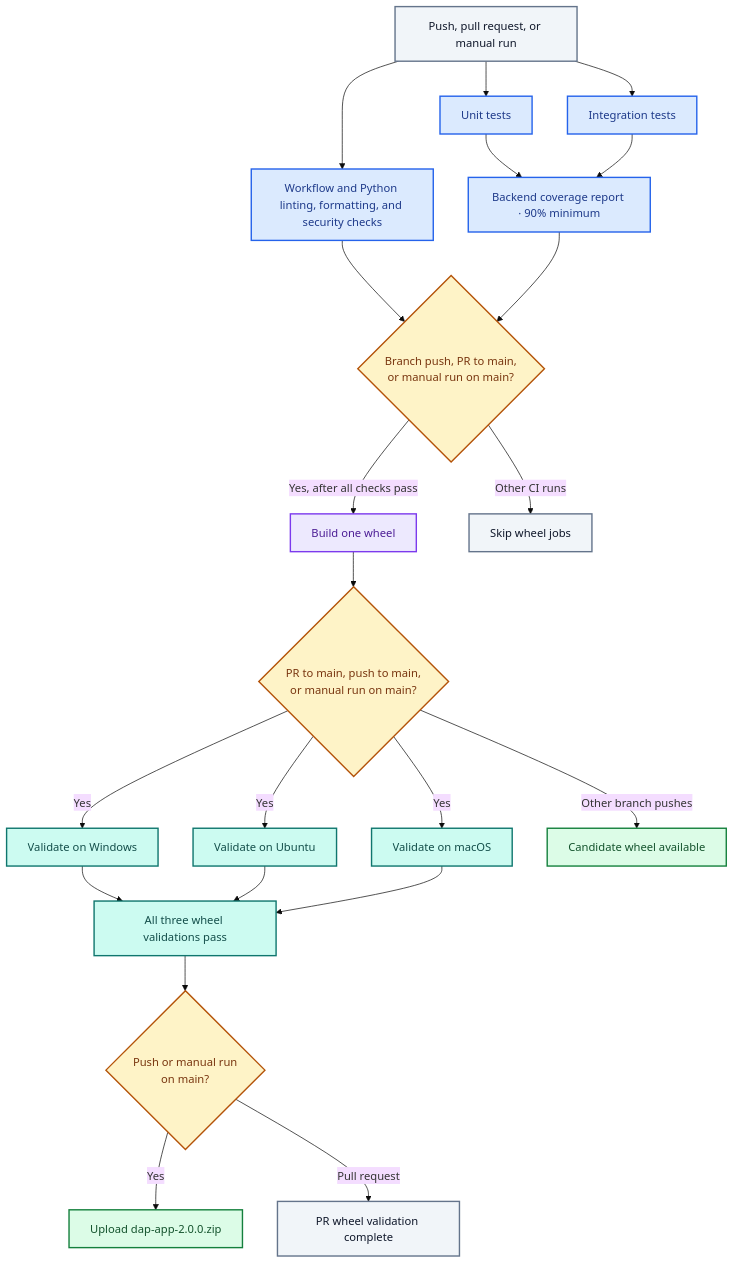
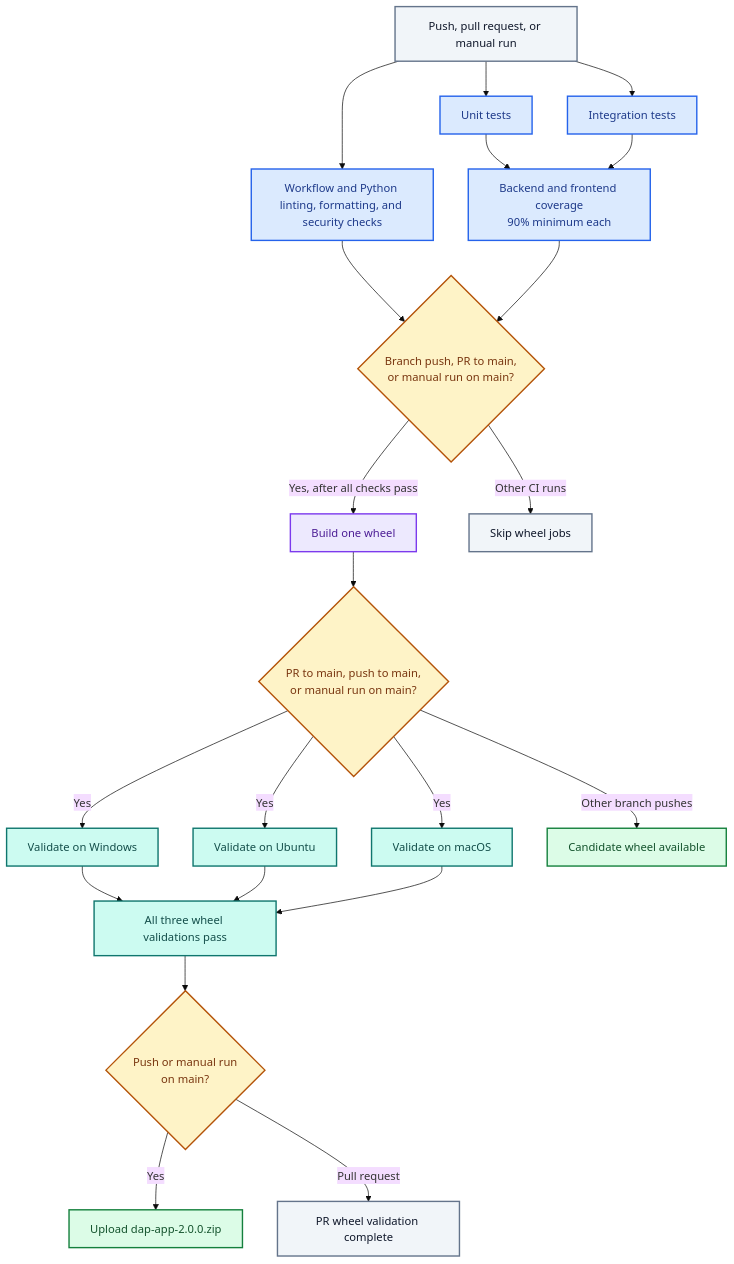
Before and after one commit to OllieOzzy/cmsc495-social-worker-ai-assistant: the second of 3 diagrams in README.md, drawn with Mermaid (base theme). The commit also changed other lines of this file and 5 other files, not shown here.

Commit message:
Extend required and separate backend and frontend coverage thresholds. Document frontend coverage and simplify changelog introduction.

````diff
--- a/README.md
+++ b/README.md
@@ -347,41 +347,41 @@
 ```mermaid
 flowchart TD
     Start["Push, pull request, or manual run"]
     Start --> Checks["Workflow and Python linting, formatting, and security checks"]
     Start --> Unit["Unit tests"]
     Start --> Integration["Integration tests"]
 
-    Unit --> Coverage["Backend coverage report · 90% minimum"]
+    Unit --> Coverage["Backend and frontend coverage<br/>90% minimum each"]
     Integration --> Coverage
     Checks --> Eligible{"Branch push, PR to main,<br/>or manual run on main?"}
     Coverage --> Eligible
     Eligible -->|"Yes, after all checks pass"| Build["Build one wheel"]
     Eligible -->|"Other CI runs"| Skip["Skip wheel jobs"]
 
     Build --> ValidateEligible{"PR to main, push to main,<br/>or manual run on main?"}
     ValidateEligible -->|"Yes"| Windows["Validate on Windows"]
     ValidateEligible -->|"Yes"| Linux["Validate on Ubuntu"]
     ValidateEligible -->|"Yes"| Mac["Validate on macOS"]
     ValidateEligible -->|"Other branch pushes"| Candidate["Candidate wheel available"]
 
     Windows --> Validated["All three wheel validations pass"]
     Linux --> Validated
     Mac --> Validated
     Validated --> ReleaseEligible{"Push or manual run<br/>on main?"}
     ReleaseEligible -->|"Yes"| Upload["Upload dap-app-2.0.0.zip"]
     ReleaseEligible -->|"Pull request"| Ready["PR wheel validation complete"]
 
     classDef trigger fill:#F1F5F9,stroke:#64748B,color:#0F172A,stroke-width:2px
     classDef checks fill:#DBEAFE,stroke:#2563EB,color:#1E3A8A,stroke-width:2px
     classDef build fill:#EDE9FE,stroke:#7C3AED,color:#4C1D95,stroke-width:2px
     classDef validation fill:#CCFBF1,stroke:#0F766E,color:#134E4A,stroke-width:2px
     classDef decision fill:#FEF3C7,stroke:#B45309,color:#78350F,stroke-width:2px
     classDef artifact fill:#DCFCE7,stroke:#15803D,color:#14532D,stroke-width:2px
 
     class Start,Skip,Ready trigger
     class Checks,Unit,Integration,Coverage checks
     class Build build
     class Windows,Linux,Mac,Validated validation
     class Eligible,ValidateEligible,ReleaseEligible decision
     class Upload,Candidate artifact
 ```
````
